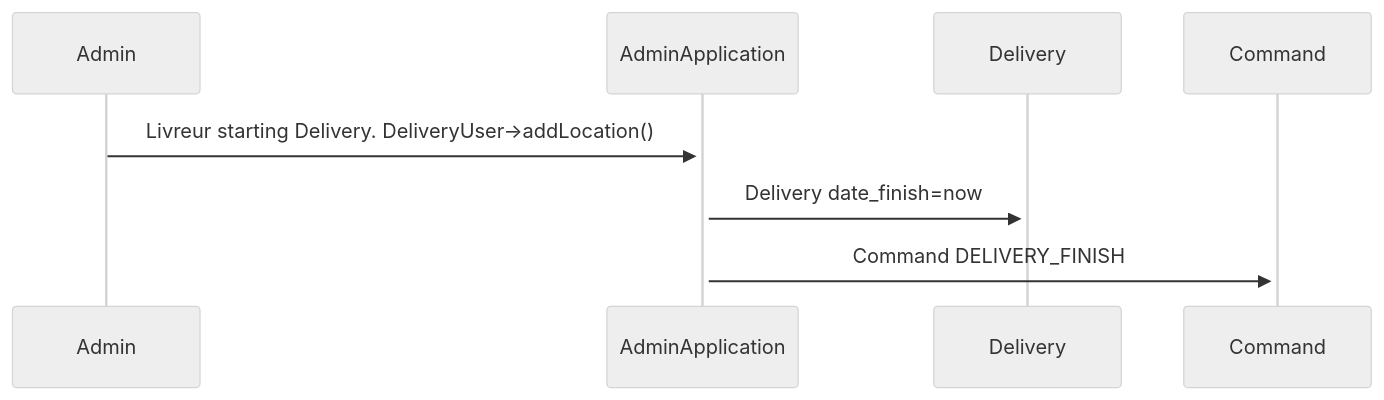
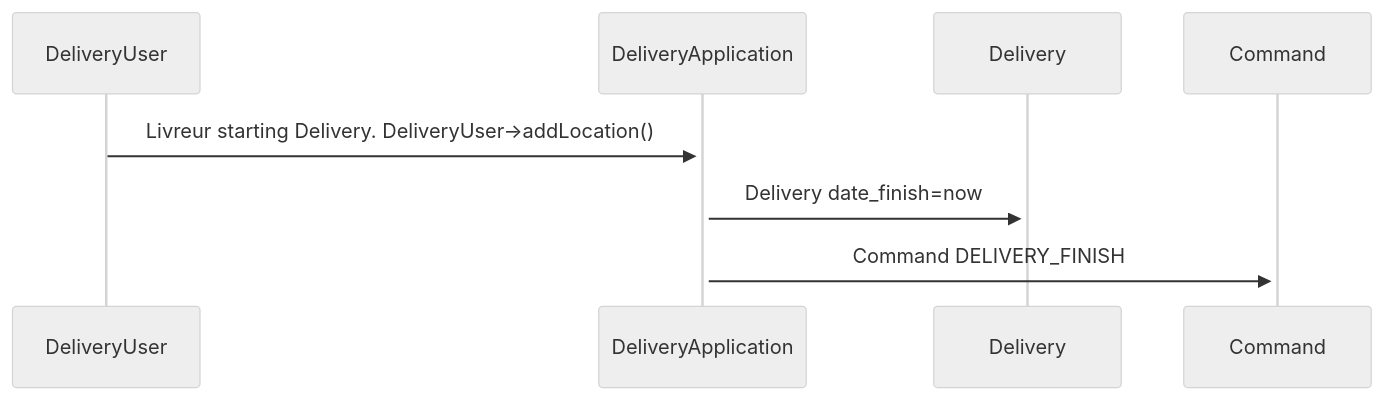
Before and after one commit to joussin/api_allopico_old: the sixth of 6 diagrams in readme.md, drawn with Mermaid (neutral theme). The commit also changed other lines of this file, not shown here.

````diff
--- a/readme.md
+++ b/readme.md
@@ -284,10 +333,10 @@
 ```mermaid
 sequenceDiagram
 
-Admin->>+AdminApplication: Livreur starting Delivery. DeliveryUser->addLocation()
+DeliveryUser->>+DeliveryApplication: Livreur starting Delivery. DeliveryUser->addLocation()
 
-AdminApplication->>+Delivery: Delivery date_finish=now
+DeliveryApplication->>+Delivery: Delivery date_finish=now
 
-AdminApplication->>+Command: Command DELIVERY_FINISH
+DeliveryApplication->>+Command: Command DELIVERY_FINISH
 
 ```
````
